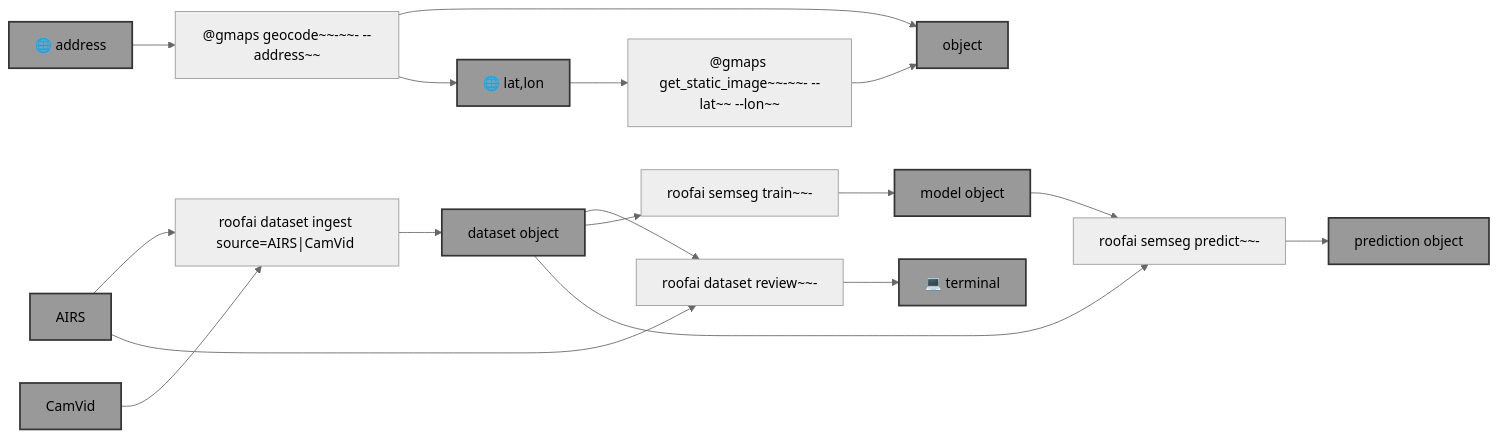
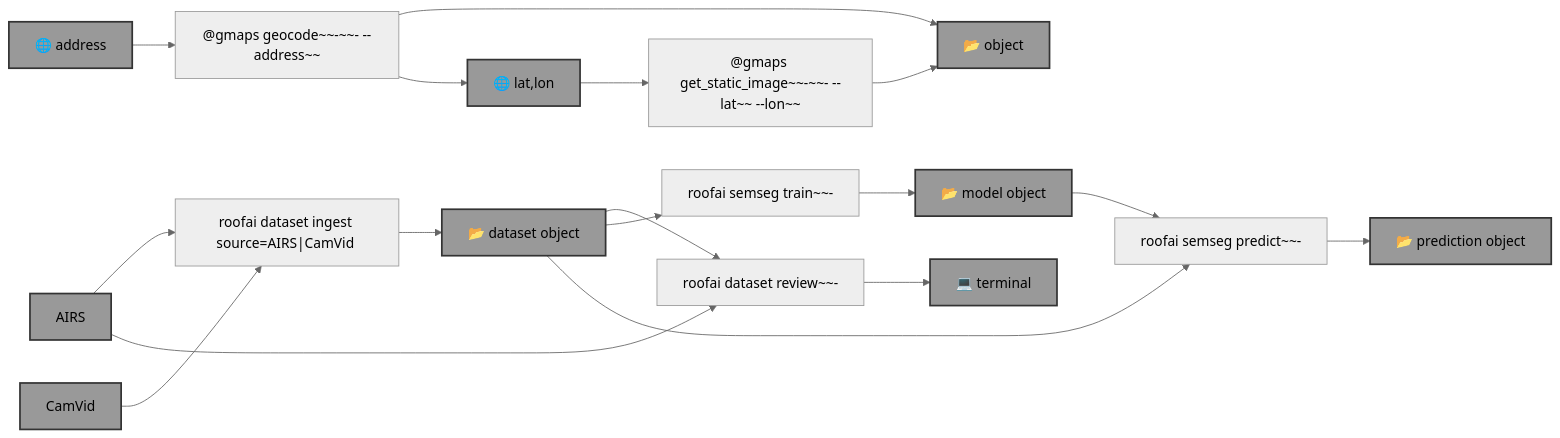
The diagram in template.md (kamangir/roofai), drawn with Mermaid (neutral theme) before and after one commit. The commit also changed 2 other files, not shown here.

Commit message:
doc++ - kamangir/bolt#746 - no-workflow 🪄

````diff
--- a/template.md
+++ b/template.md
@@ -9,48 +9,48 @@
 ```mermaid
 graph LR
     dataset_ingest["roofai dataset ingest source=AIRS|CamVid <dataset-object-name>"]
 
     dataset_review["roofai dataset review~~- <dataset-object-name>"]
 
     gmaps_get_static_image["@gmaps get_static_image~~-~~- --lat~~<lat> --lon~~<lon>"]
 
     gmaps_geocode["@gmaps geocode~~-~~- --address~~<address>"]
 
     semseg_train["roofai semseg train~~- <dataset-object-name> <model-object-name>"]
 
     semseg_predict["roofai semseg predict~~- <model-object-name> <dataset-object-name> <prediction-object-name>"]
 
     address["🌐 address"]:::folder
     lat_lon["🌐 lat,lon"]:::folder
     AIRS["AIRS"]:::folder
     CamVid["CamVid"]:::folder
-    dataset_object_name["dataset object"]:::folder
-    model_object_name["model object"]:::folder
-    prediction_object_name["prediction object"]:::folder
-    object_name["object"]:::folder
+    dataset_object_name["📂 dataset object"]:::folder
+    model_object_name["📂 model object"]:::folder
+    prediction_object_name["📂 prediction object"]:::folder
+    object_name["📂 object"]:::folder
     terminal["💻 terminal"]:::folder
 
     AIRS --> dataset_ingest
     CamVid --> dataset_ingest
     dataset_ingest --> dataset_object_name
 
     AIRS --> dataset_review
     dataset_object_name --> dataset_review
     dataset_review --> terminal
 
     dataset_object_name --> semseg_train
     semseg_train --> model_object_name
 
     model_object_name --> semseg_predict
     dataset_object_name --> semseg_predict
     semseg_predict --> prediction_object_name
 
     lat_lon --> gmaps_get_static_image
     gmaps_get_static_image --> object_name
 
     address --> gmaps_geocode
     gmaps_geocode --> object_name
     gmaps_geocode --> lat_lon
 
     classDef folder fill:#999,stroke:#333,stroke-width:2px;
 ```
````
